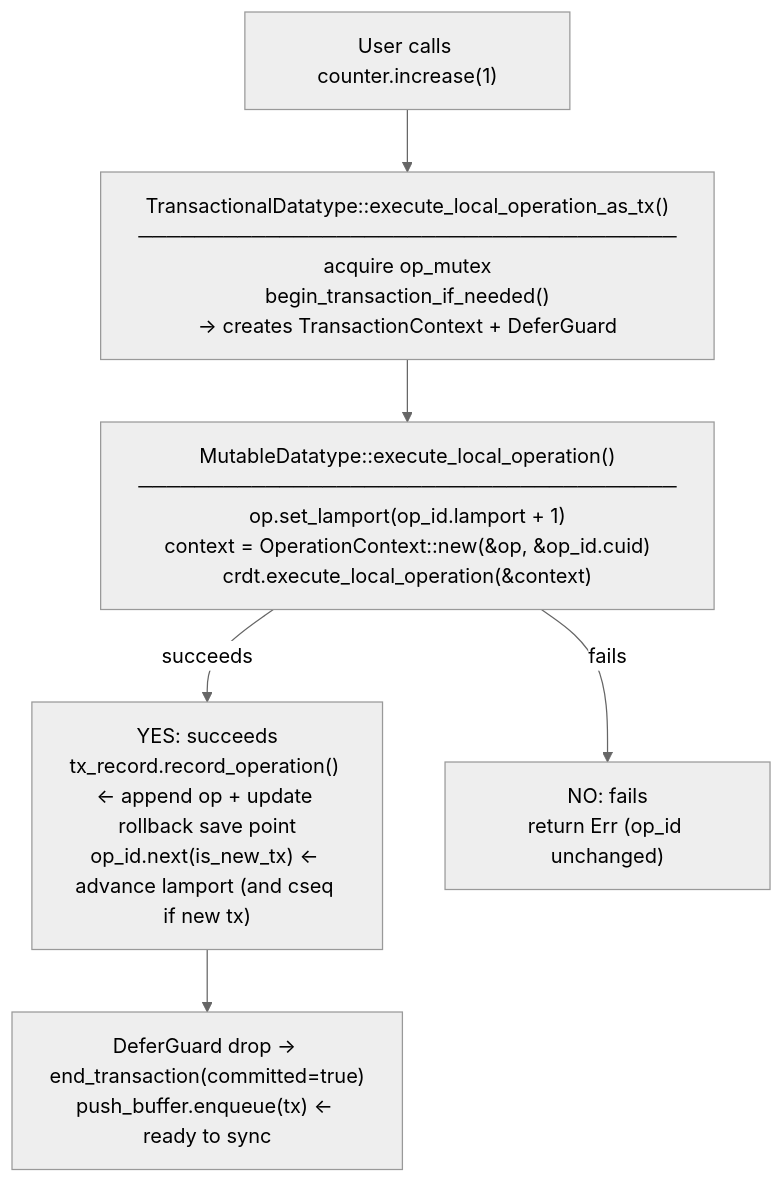
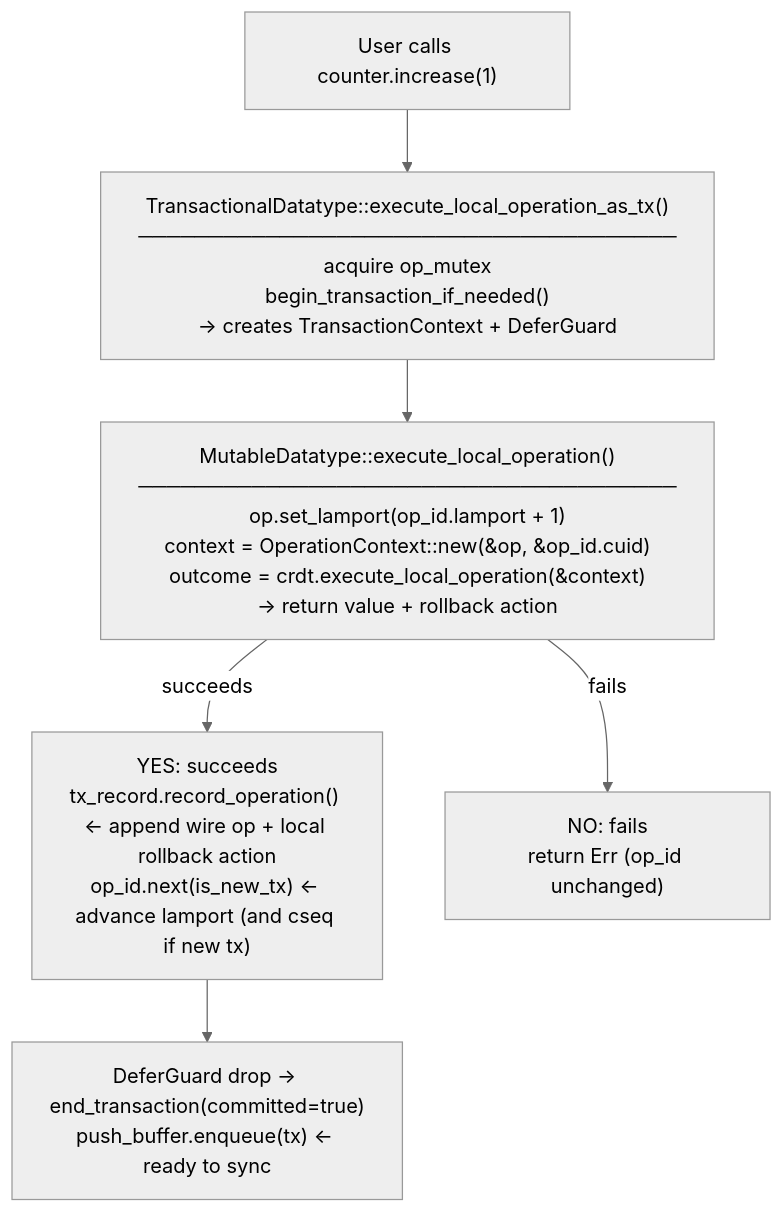
The third of 4 diagrams in docs/architecture.md (qortoo/qortoo-rs), drawn with Mermaid (neutral theme) before and after one commit. The commit also changed other lines of this file and 7 other files, not shown here.

````diff
--- a/docs/architecture.md
+++ b/docs/architecture.md
@@ -67,13 +67,13 @@
 ```mermaid
 flowchart TD
     User["User calls counter.increase(1)"]
     TX["TransactionalDatatype::execute_local_operation_as_tx()\n──────────────────────────────────────\nacquire op_mutex\nbegin_transaction_if_needed()\n→ creates TransactionContext + DeferGuard"]
-    MU["MutableDatatype::execute_local_operation()\n──────────────────────────────────────\nop.set_lamport(op_id.lamport + 1)\ncontext = OperationContext::new(&op, &op_id.cuid)\ncrdt.execute_local_operation(&context)"]
-    Ok["YES: succeeds\ntx_record.record_operation() ← append op + update rollback save point\nop_id.next(is_new_tx) ← advance lamport (and cseq if new tx)"]
+    MU["MutableDatatype::execute_local_operation()\n──────────────────────────────────────\nop.set_lamport(op_id.lamport + 1)\ncontext = OperationContext::new(&op, &op_id.cuid)\noutcome = crdt.execute_local_operation(&context)\n→ return value + rollback action"]
+    Ok["YES: succeeds\ntx_record.record_operation() ← append wire op + local rollback action\nop_id.next(is_new_tx) ← advance lamport (and cseq if new tx)"]
     Err["NO: fails\nreturn Err (op_id unchanged)"]
     Defer["DeferGuard drop → end_transaction(committed=true)\npush_buffer.enqueue(tx) ← ready to sync"]
 
     User --> TX --> MU
     MU -->|"succeeds"| Ok --> Defer
     MU -->|"fails"| Err
 ```
````
